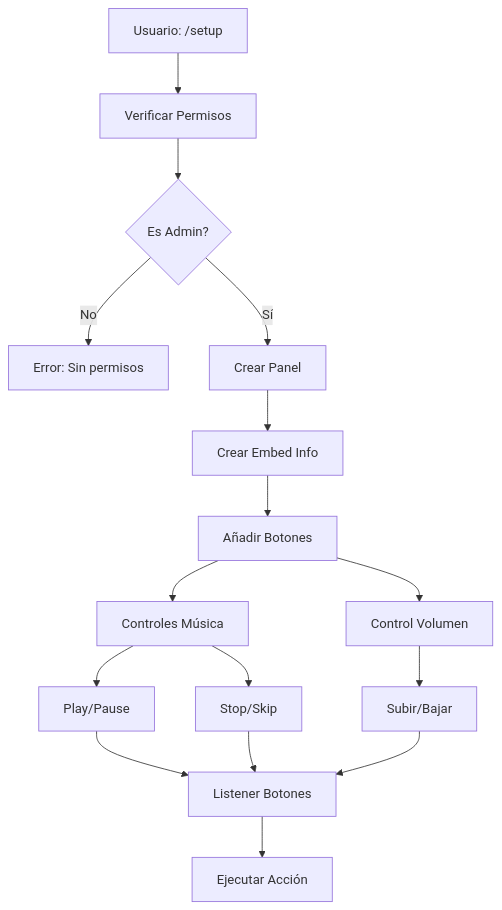
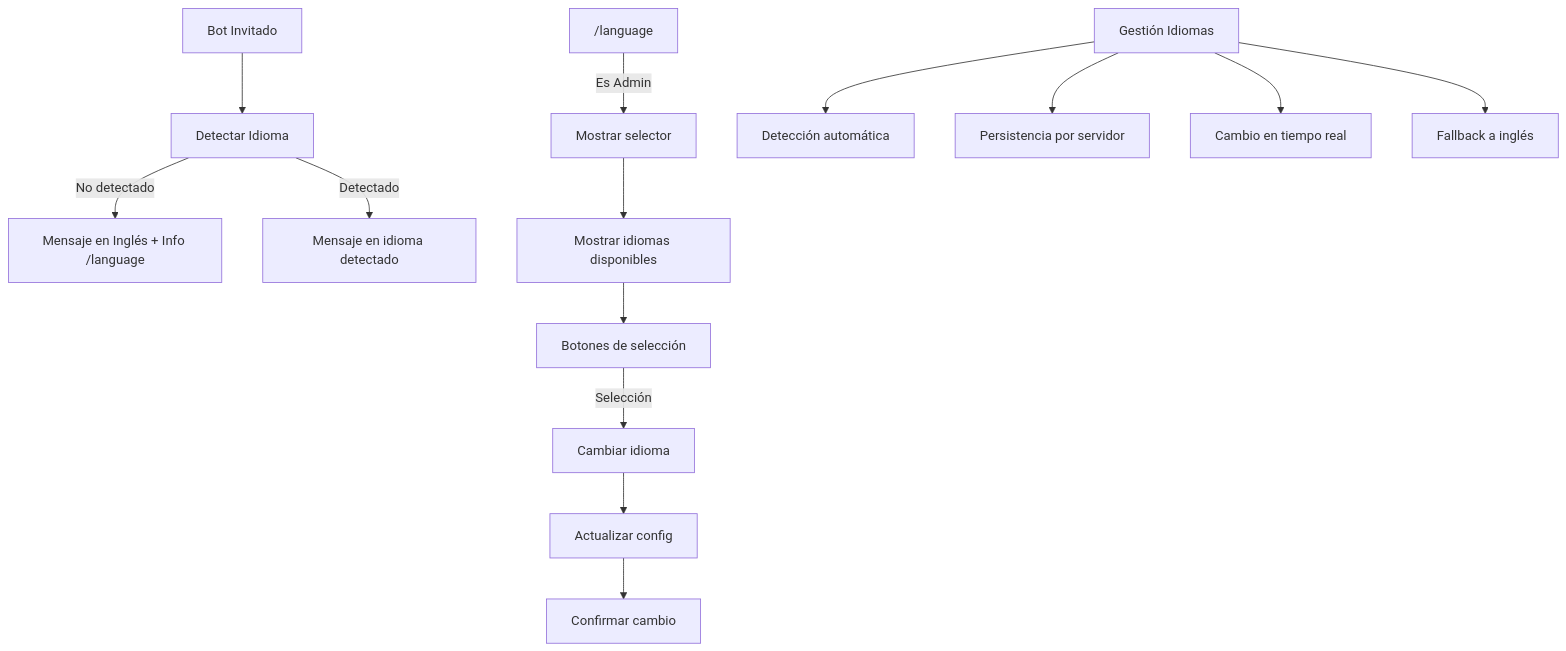
The seventh of 8 diagrams in README.md (Jaie55/TuneTwister), drawn with Mermaid before and after one commit. The commit also changed other lines of this file, not shown here.

````diff
--- a/README.md
+++ b/README.md
@@ -57,18 +159,18 @@
 ```mermaid
 graph TD
-    A["Usuario: /setup"] --> B["Verificar Permisos"]
-    B --> C{"Es Admin?"}
-    C -->|No| D["Error: Sin permisos"]
-    C -->|Sí| E["Crear Panel"]
-    E --> F["Crear Embed Info"]
-    F --> G["Añadir Botones"]
-    G --> H["Controles Música"]
-    G --> I["Control Volumen"]
-    H --> J["Play/Pause"]
-    H --> K["Stop/Skip"]
-    I --> L["Subir/Bajar"]
-    J --> M["Listener Botones"]
-    K --> M
-    L --> M
-    M --> N["Ejecutar Acción"]
+    A[Bot Invitado] --> B[Detectar Idioma]
+    B -->|No detectado| C["Mensaje en Inglés + Info /language"]
+    B -->|Detectado| D["Mensaje en idioma detectado"]
+    
+    E["/language"] -->|"Es Admin"| F["Mostrar selector"]
+    F --> G["Mostrar idiomas disponibles"]
+    G --> H["Botones de selección"]
+    H -->|"Selección"| I["Cambiar idioma"]
+    I --> J["Actualizar config"]
+    J --> K["Confirmar cambio"]
+
+    L["Gestión Idiomas"] --> M["Detección automática"]
+    L --> N["Persistencia por servidor"]
+    L --> O["Cambio en tiempo real"]
+    L --> P["Fallback a inglés"]
 ```
````
